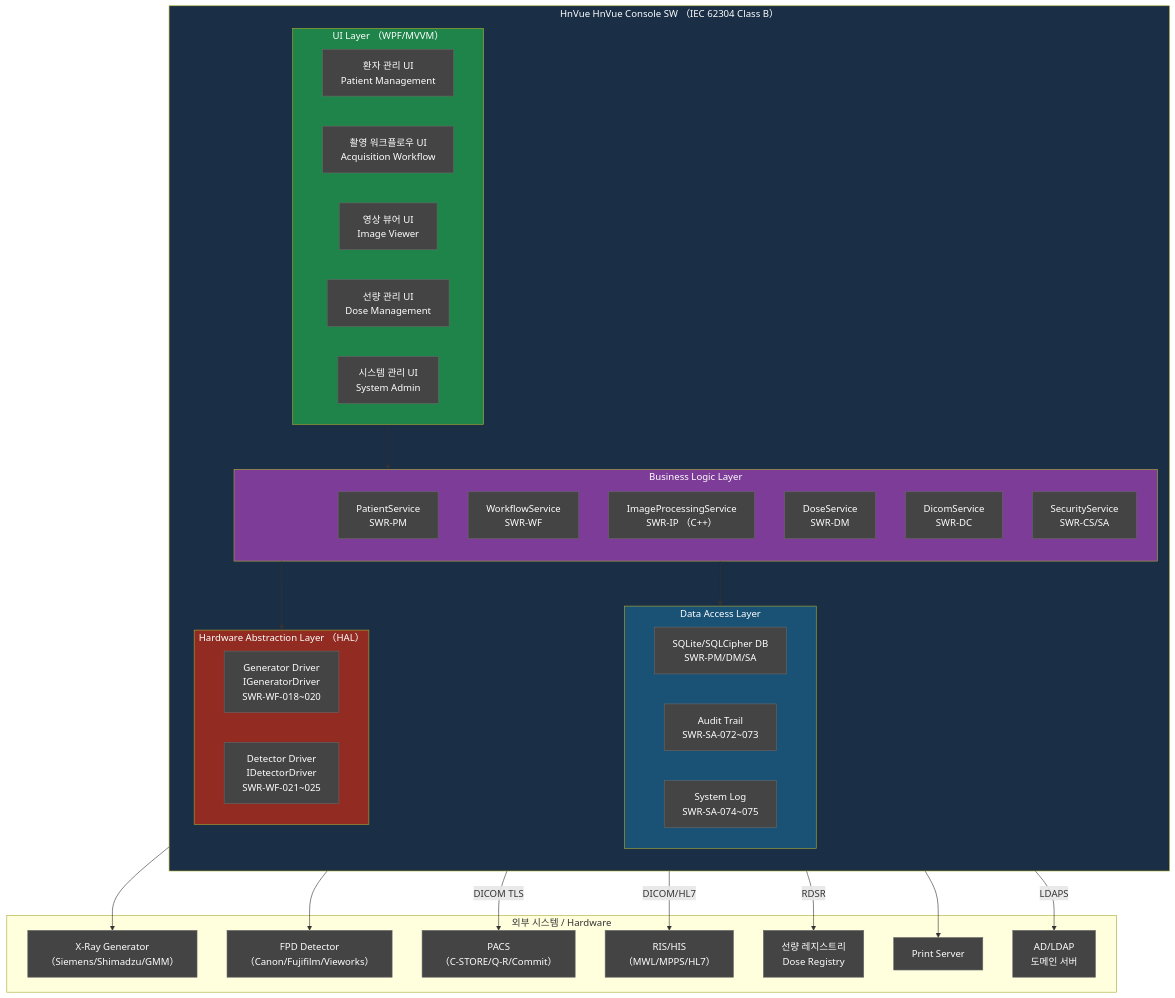
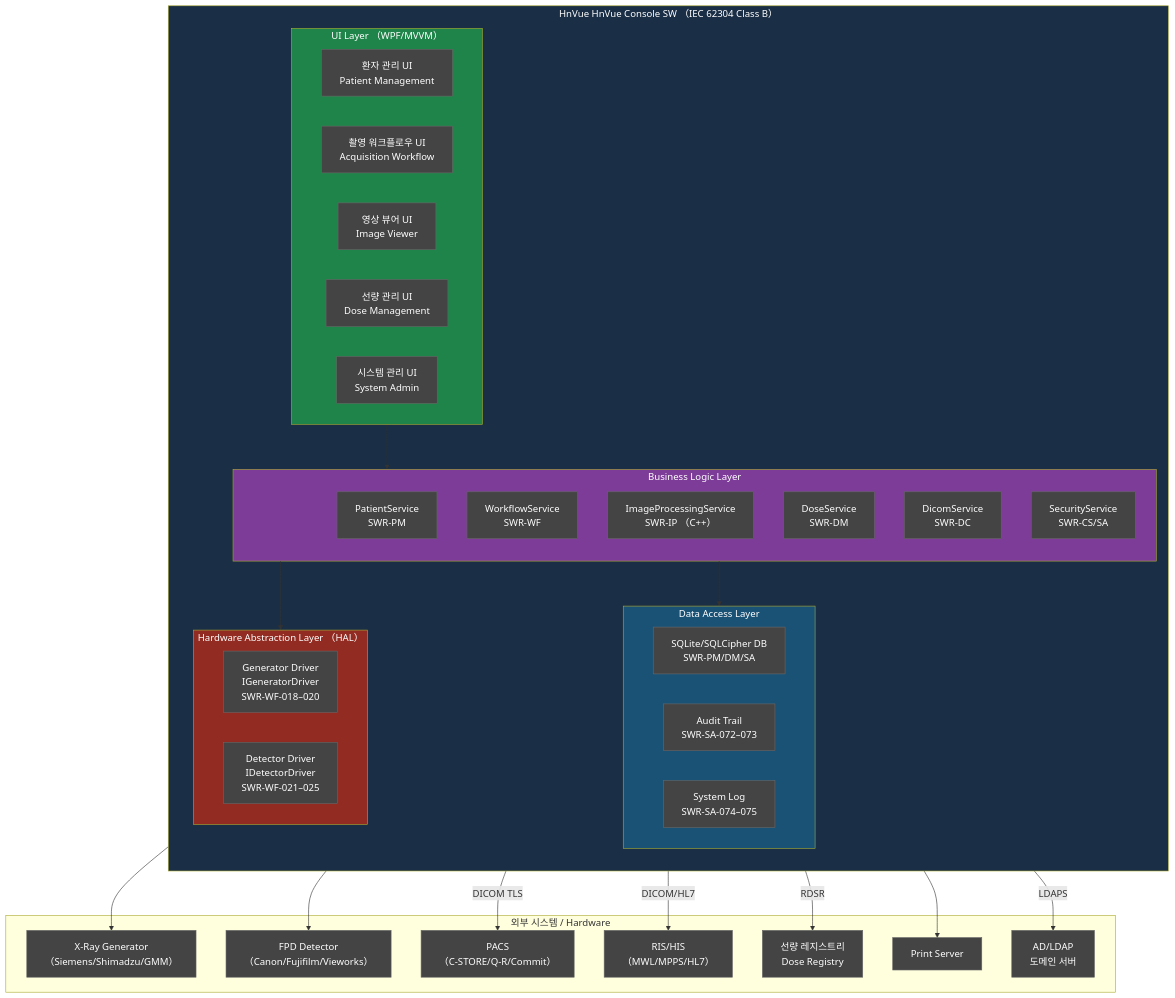
The second of 6 diagrams in docs/planning/DOC-005_SRS_v2.0.md (holee9/console-gui), drawn with Mermaid before and after one commit. The commit also changed other lines of this file and 39 other files, not shown here.

````diff
--- a/docs/planning/DOC-005_SRS_v2.0.md
+++ b/docs/planning/DOC-005_SRS_v2.0.md
@@ -165,61 +165,61 @@
 ```mermaid
 graph TB
     classDef default fill:#444,stroke:#666,color:#fff
     subgraph HnVue["HnVue HnVue Console SW （IEC 62304 Class B）"]
         direction TB
         subgraph UI["UI Layer （WPF/MVVM）"]
             PM_UI["환자 관리 UI\nPatient Management"]
             WF_UI["촬영 워크플로우 UI\nAcquisition Workflow"]
             IP_UI["영상 뷰어 UI\nImage Viewer"]
             DM_UI["선량 관리 UI\nDose Management"]
             SA_UI["시스템 관리 UI\nSystem Admin"]
         end
 
         subgraph BL["Business Logic Layer"]
             PM_SVC["PatientService\nSWR-PM"]
             WF_SVC["WorkflowService\nSWR-WF"]
             IP_SVC["ImageProcessingService\nSWR-IP （C++）"]
             DM_SVC["DoseService\nSWR-DM"]
             DC_SVC["DicomService\nSWR-DC"]
             CS_SVC["SecurityService\nSWR-CS/SA"]
         end
 
         subgraph DAL["Data Access Layer"]
             DB["SQLite/SQLCipher DB\nSWR-PM/DM/SA"]
-            AUDIT["Audit Trail\nSWR-SA-072~073"]
-            LOG["System Log\nSWR-SA-074~075"]
+            AUDIT["Audit Trail\nSWR-SA-072–073"]
+            LOG["System Log\nSWR-SA-074–075"]
         end
 
         subgraph HAL["Hardware Abstraction Layer （HAL）"]
-            GEN_DRV["Generator Driver\nIGeneratorDriver\nSWR-WF-018~020"]
-            DET_DRV["Detector Driver\nIDetectorDriver\nSWR-WF-021~025"]
+            GEN_DRV["Generator Driver\nIGeneratorDriver\nSWR-WF-018–020"]
+            DET_DRV["Detector Driver\nIDetectorDriver\nSWR-WF-021–025"]
         end
     end
 
     subgraph External["외부 시스템 / Hardware"]
         GEN["X-Ray Generator\n（Siemens/Shimadzu/GMM）"]
         DET["FPD Detector\n（Canon/Fujifilm/Vieworks）"]
         PACS["PACS\n（C-STORE/Q-R/Commit）"]
         RIS["RIS/HIS\n（MWL/MPPS/HL7）"]
         DOSE_REG["선량 레지스트리\nDose Registry"]
         PRINT["Print Server"]
         AD["AD/LDAP\n도메인 서버"]
     end
 
     UI --> BL
     BL --> DAL
     BL --> HAL
     HAL --> GEN
     HAL --> DET
     DC_SVC -->|"DICOM TLS"| PACS
     DC_SVC -->|"DICOM/HL7"| RIS
     DC_SVC -->|"RDSR"| DOSE_REG
     DC_SVC --> PRINT
     CS_SVC -->|"LDAPS"| AD
 
     style HnVue fill:#1a2e45,color:#fff
     style UI fill:#1e8449,color:#fff
     style BL fill:#7d3c98,color:#fff
     style DAL fill:#1a5276,color:#fff
     style HAL fill:#922b21,color:#fff
 ```
````
